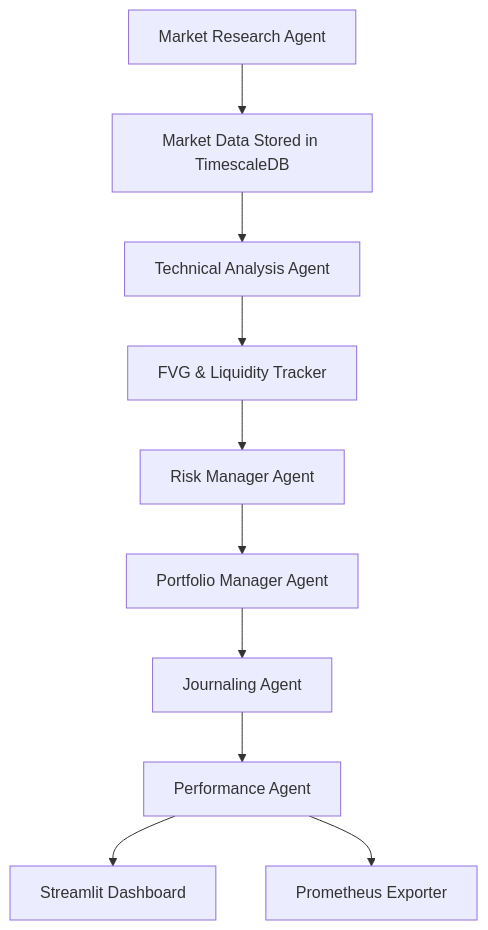
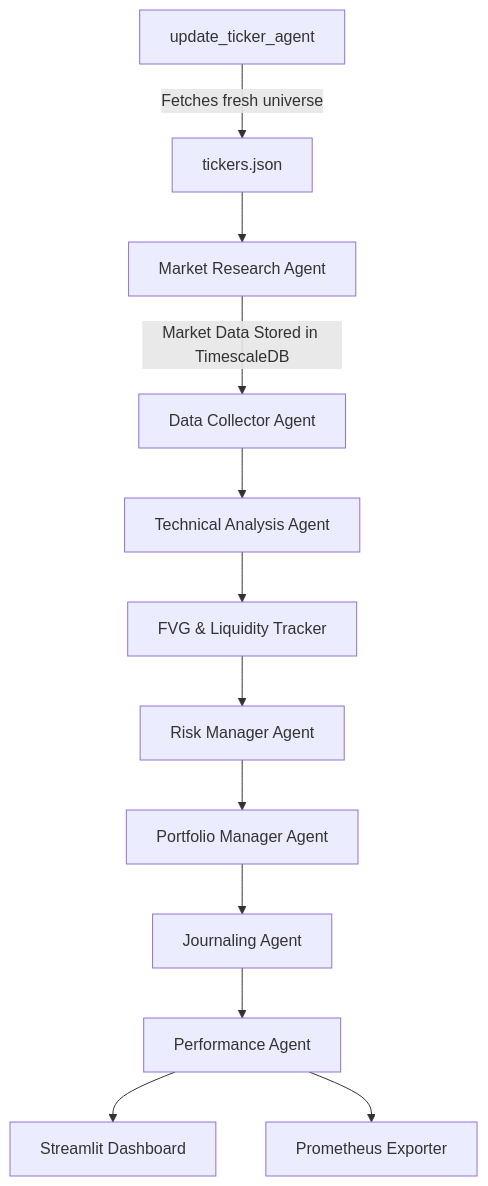
The diagram in background/og_prd.md (KaalaAadmi/trading-bot-old), drawn with Mermaid before and after one commit. The commit also changed other lines of this file and 11776 other files, not shown here.

Commit message:
Ticker Updater Agent and Market Research Agent

````diff
--- a/background/og_prd.md
+++ b/background/og_prd.md
@@ -131,12 +131,13 @@
 ```mermaid
 graph TD
-A[Market Research Agent] --> B[Market Data Stored in TimescaleDB]
-B --> C[Technical Analysis Agent]
-C --> D[FVG & Liquidity Tracker]
-D --> E[Risk Manager Agent]
-E --> F[Portfolio Manager Agent]
-F --> G[Journaling Agent]
-G --> H[Performance Agent]
-H --> I[Streamlit Dashboard]
-H --> J[Prometheus Exporter]
+A[update_ticker_agent] -->|Fetches fresh universe| B[tickers.json]
+B --> C[Market Research Agent] -->|Market Data Stored in TimescaleDB| D[Data Collector Agent]
+D --> E[Technical Analysis Agent]
+E --> F[FVG & Liquidity Tracker]
+F --> G[Risk Manager Agent]
+G --> H[Portfolio Manager Agent]
+H --> I[Journaling Agent]
+I --> J[Performance Agent]
+J --> K[Streamlit Dashboard]
+J --> L[Prometheus Exporter]
 ```
````
